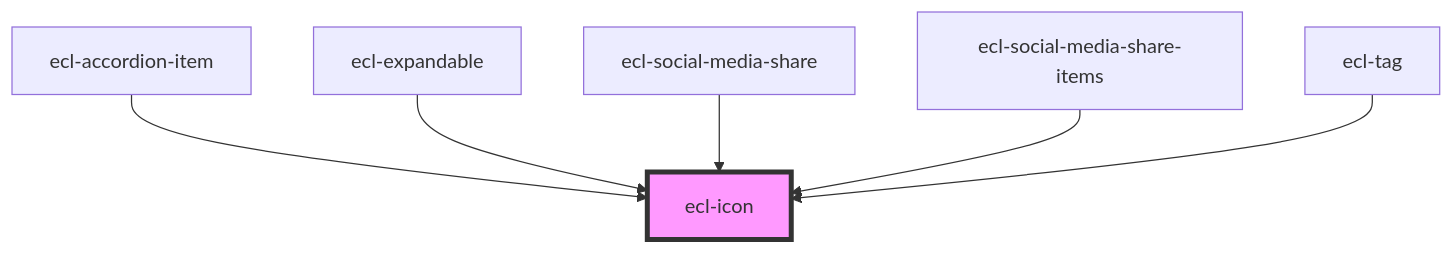
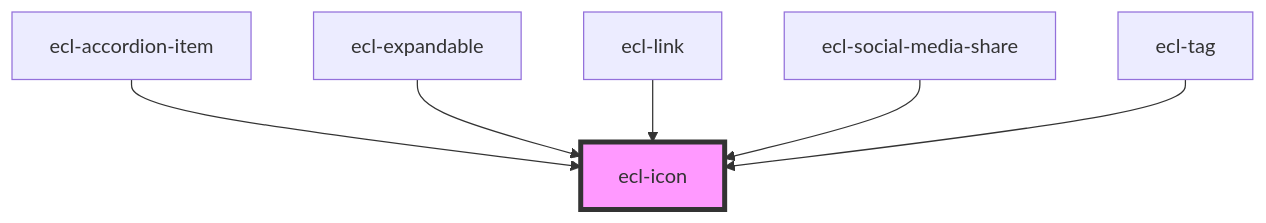
One commit to ec-europa/ecl-webcomponents changed the diagram in src/components/ecl-icon/readme.md. Above: the diagram before and after it, drawn with Mermaid. The commit also changed other lines of this file and 12 other files, not shown here.

Commit message:
chore(web-components): Adding link, using it in social media share

````diff
--- a/src/components/ecl-icon/readme.md
+++ b/src/components/ecl-icon/readme.md
@@ -31,9 +31,9 @@
 ```mermaid
 graph TD;
   ecl-accordion-item --> ecl-icon
   ecl-expandable --> ecl-icon
+  ecl-link --> ecl-icon
   ecl-social-media-share --> ecl-icon
-  ecl-social-media-share-items --> ecl-icon
   ecl-tag --> ecl-icon
   style ecl-icon fill:#f9f,stroke:#333,stroke-width:4px
 ```
````
